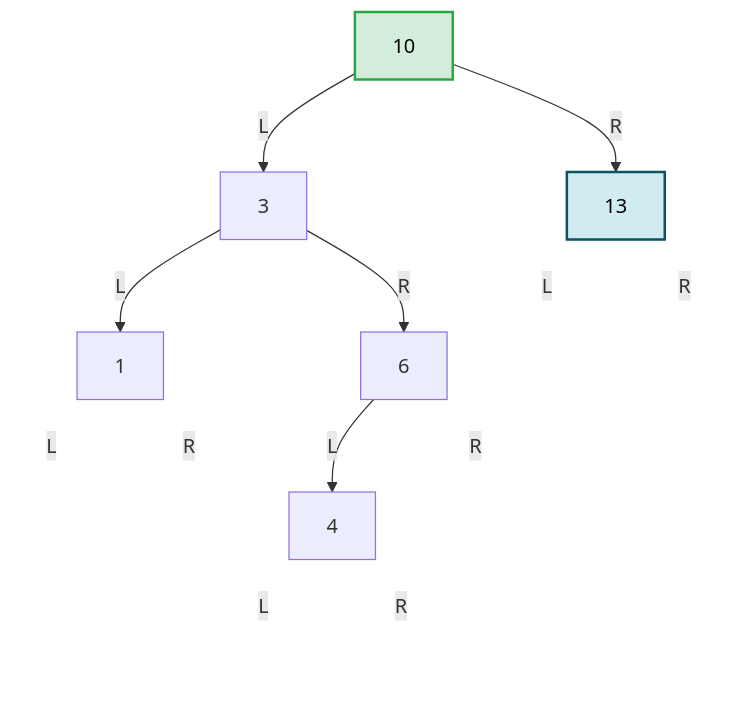
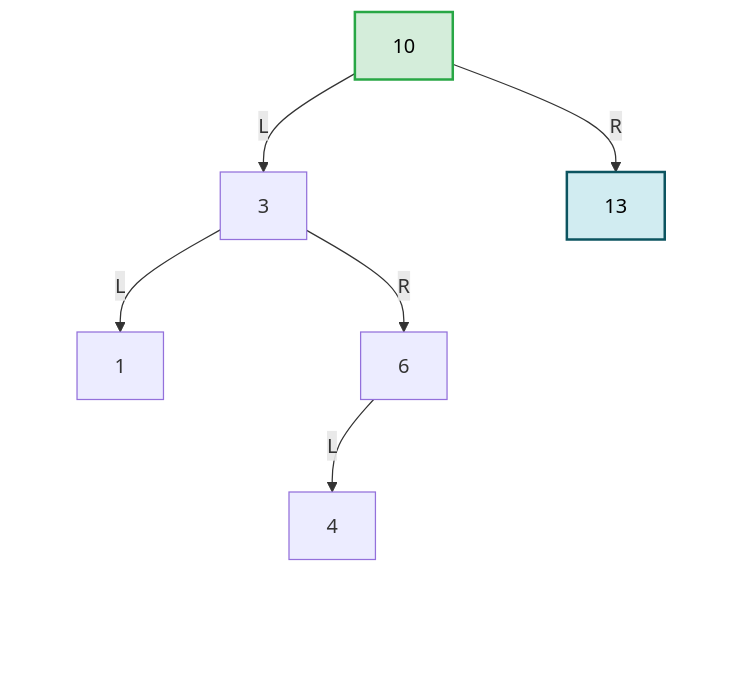
Diagram 15 of 19 in knowledge/linux/data_structures/红黑树_rb-tree/P22_BST删除与子树回接.md (FormingSystem/linux_note), drawn with Mermaid before and after one commit. The commit also changed other lines of this file and 3 other files, not shown here.

````diff
--- a/knowledge/linux/data_structures/红黑树_rb-tree/P22_BST删除与子树回接.md
+++ b/knowledge/linux/data_structures/红黑树_rb-tree/P22_BST删除与子树回接.md
@@ -1105,57 +1113,57 @@
 ```mermaid
 graph TD
 		A["10"]
 
 		B["3"]
 		H["13"]
 
 		D["1"]
 		E["6"]
 		H_L[" "]
 		H_R[" "]
 
 		D_L[" "]
 		D_R[" "]
 		G["4"]
 		E_R[" "]
 
 		G_L[" "]
 		G_R[" "]
 
 	A -->|L| B
 	A -->|R| H
 
 	B -->|L| D
 	B -->|R| E
 
-	H -->|L| H_L
-	H -->|R| H_R
+	H --> H_L
+	H --> H_R
 
-	D -->|L| D_L
-	D -->|R| D_R
+	D --> D_L
+	D --> D_R
 
 	E -->|L| G
-	E -->|R| E_R
+	E --> E_R
 
-	G -->|L| G_L
-	G -->|R| G_R
+	G --> G_L
+	G --> G_R
 
 	classDef target fill:#f8d7da,stroke:#c82333,stroke-width:2px,color:#000;
 	classDef replace fill:#d4edda,stroke:#28a745,stroke-width:2px,color:#000;
 	classDef parent fill:#fff3cd,stroke:#d39e00,stroke-width:2px,color:#000;
 	classDef moved fill:#d1ecf1,stroke:#0c5460,stroke-width:2px,color:#000;
 	classDef ghost fill:transparent,stroke:transparent,color:transparent;
 
 	class A replace;
 	class H moved;
 	class H_L,H_R,D_L,D_R,E_R,G_L,G_R ghost;
 
 
 	linkStyle 4 stroke:transparent;
 	linkStyle 5 stroke:transparent;
 	linkStyle 6 stroke:transparent;
 	linkStyle 7 stroke:transparent;
 	linkStyle 9 stroke:transparent;
 	linkStyle 10 stroke:transparent;
 	linkStyle 11 stroke:transparent;
 ```
````
